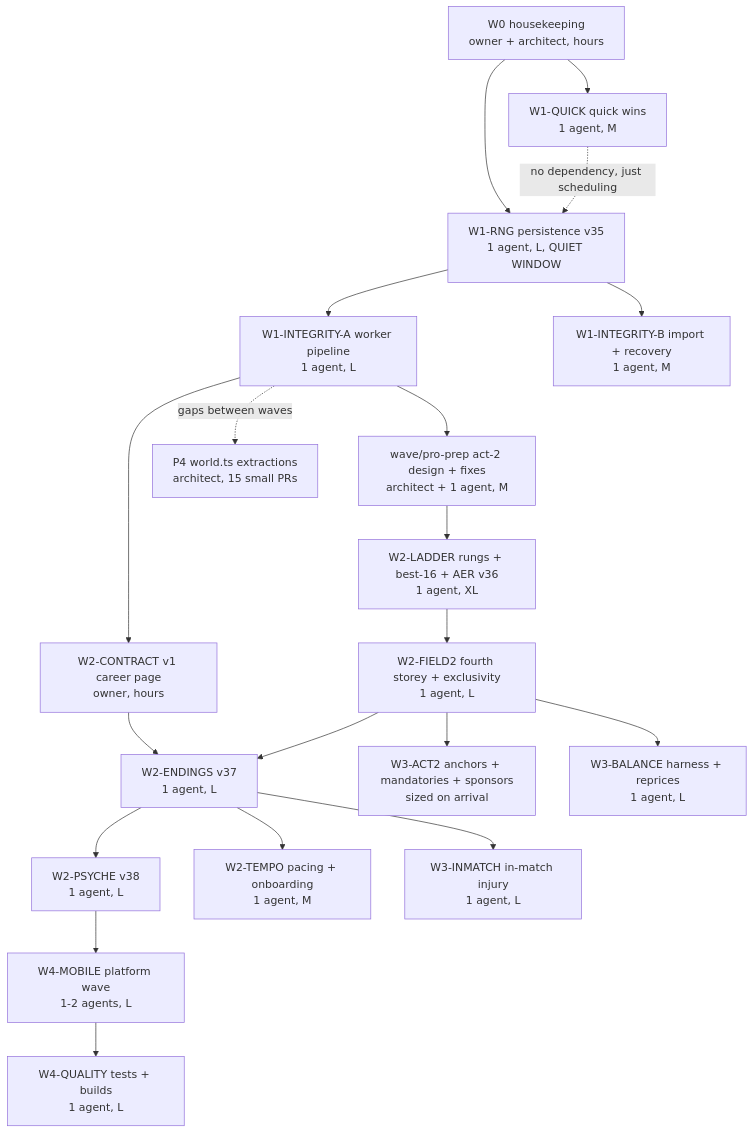
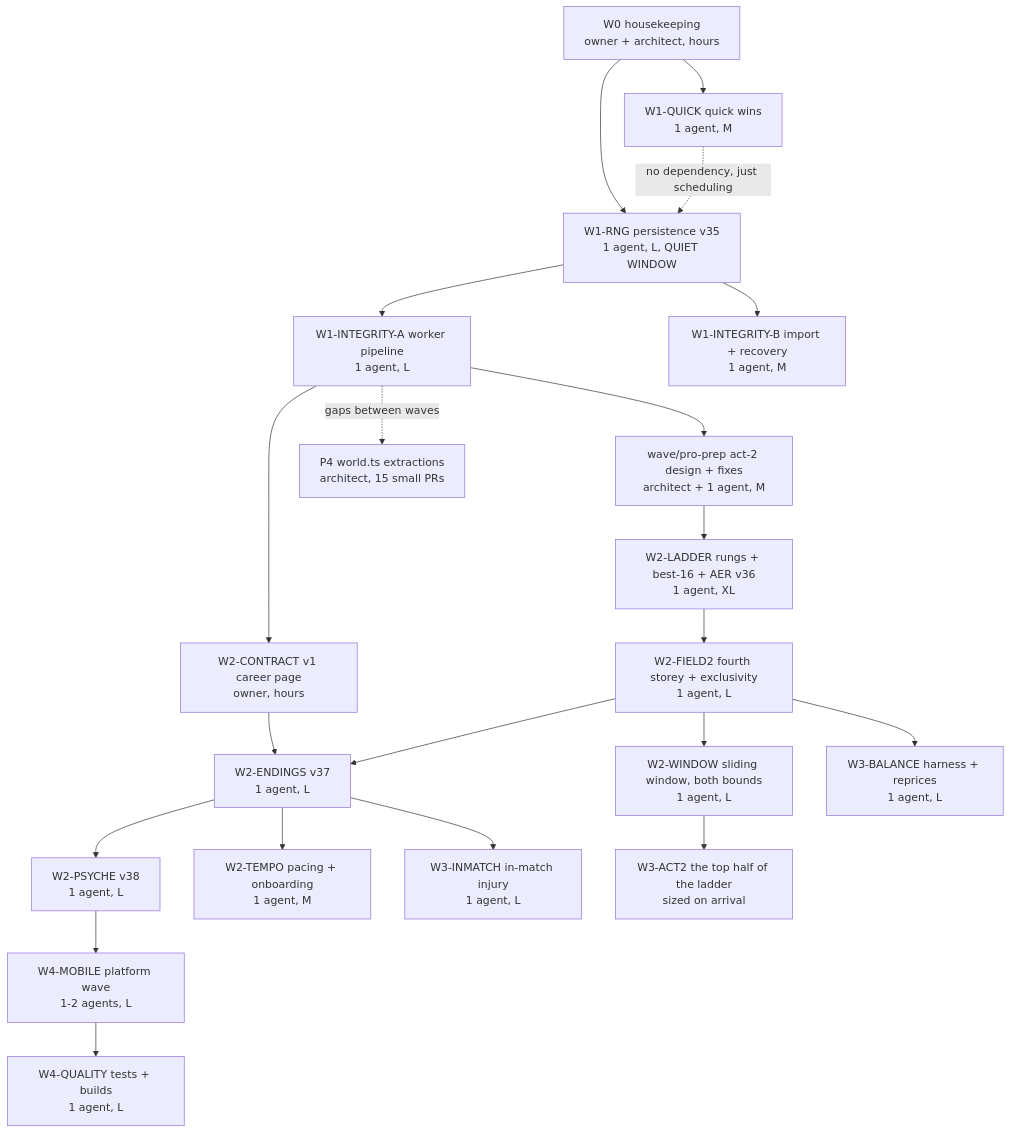
The diagram in docs/plans/launch-plan-2026-08.md (letulip/ties-break), drawn with Mermaid before and after one commit. The commit also changed other lines of this file and 1 other file, not shown here.

First line of the commit message:
the sliding window, the pace, and the real curve - rulings 11-13

````diff
--- a/docs/plans/launch-plan-2026-08.md
+++ b/docs/plans/launch-plan-2026-08.md
@@ -27,22 +27,23 @@
 ```mermaid
 flowchart TD
   W0[W0 housekeeping<br/>owner + architect, hours] --> W1Q[W1-QUICK quick wins<br/>1 agent, M]
   W0 --> W1R[W1-RNG persistence v35<br/>1 agent, L, QUIET WINDOW]
   W1R --> W1A[W1-INTEGRITY-A worker pipeline<br/>1 agent, L]
   W1R --> W1B[W1-INTEGRITY-B import + recovery<br/>1 agent, M]
   W1Q -.no dependency, just scheduling.-> W1R
   W1A --> WPP[wave/pro-prep act-2 design + fixes<br/>architect + 1 agent, M]
   WPP --> W2L[W2-LADDER rungs + best-16 + AER v36<br/>1 agent, XL]
   W2L --> W2F2[W2-FIELD2 fourth storey + exclusivity<br/>1 agent, L]
   W1A --> W2C[W2-CONTRACT v1 career page<br/>owner, hours]
   W2C --> W2E[W2-ENDINGS v37<br/>1 agent, L]
   W2F2 --> W2E
   W2E --> W2P[W2-PSYCHE v38<br/>1 agent, L]
   W2E --> W2T[W2-TEMPO pacing + onboarding<br/>1 agent, M]
   W2E --> W3I[W3-INMATCH in-match injury<br/>1 agent, L]
-  W2F2 --> W3A[W3-ACT2 anchors + mandatories + sponsors<br/>sized on arrival]
+  W2F2 --> W2W[W2-WINDOW sliding window, both bounds<br/>1 agent, L]
+  W2W --> W3A[W3-ACT2 the top half of the ladder<br/>sized on arrival]
   W2F2 --> W3B[W3-BALANCE harness + reprices<br/>1 agent, L]
   W2P --> W4M[W4-MOBILE platform wave<br/>1-2 agents, L]
   W4M --> W4Q[W4-QUALITY tests + builds<br/>1 agent, L]
   W1A -.gaps between waves.-> P4[P4 world.ts extractions<br/>architect, 15 small PRs]
 ```
````
